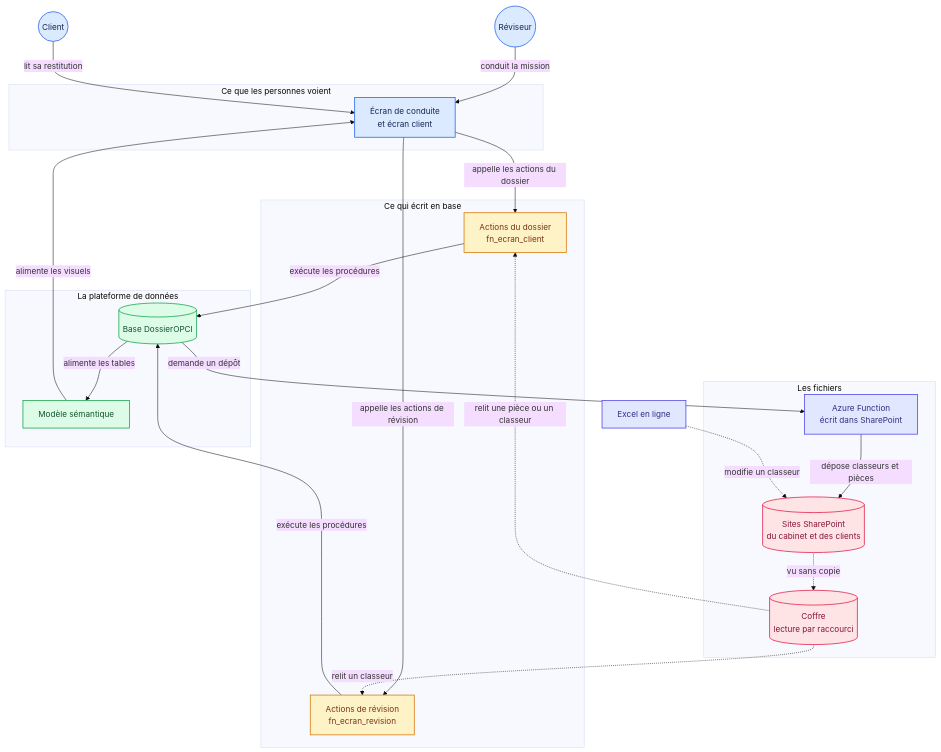
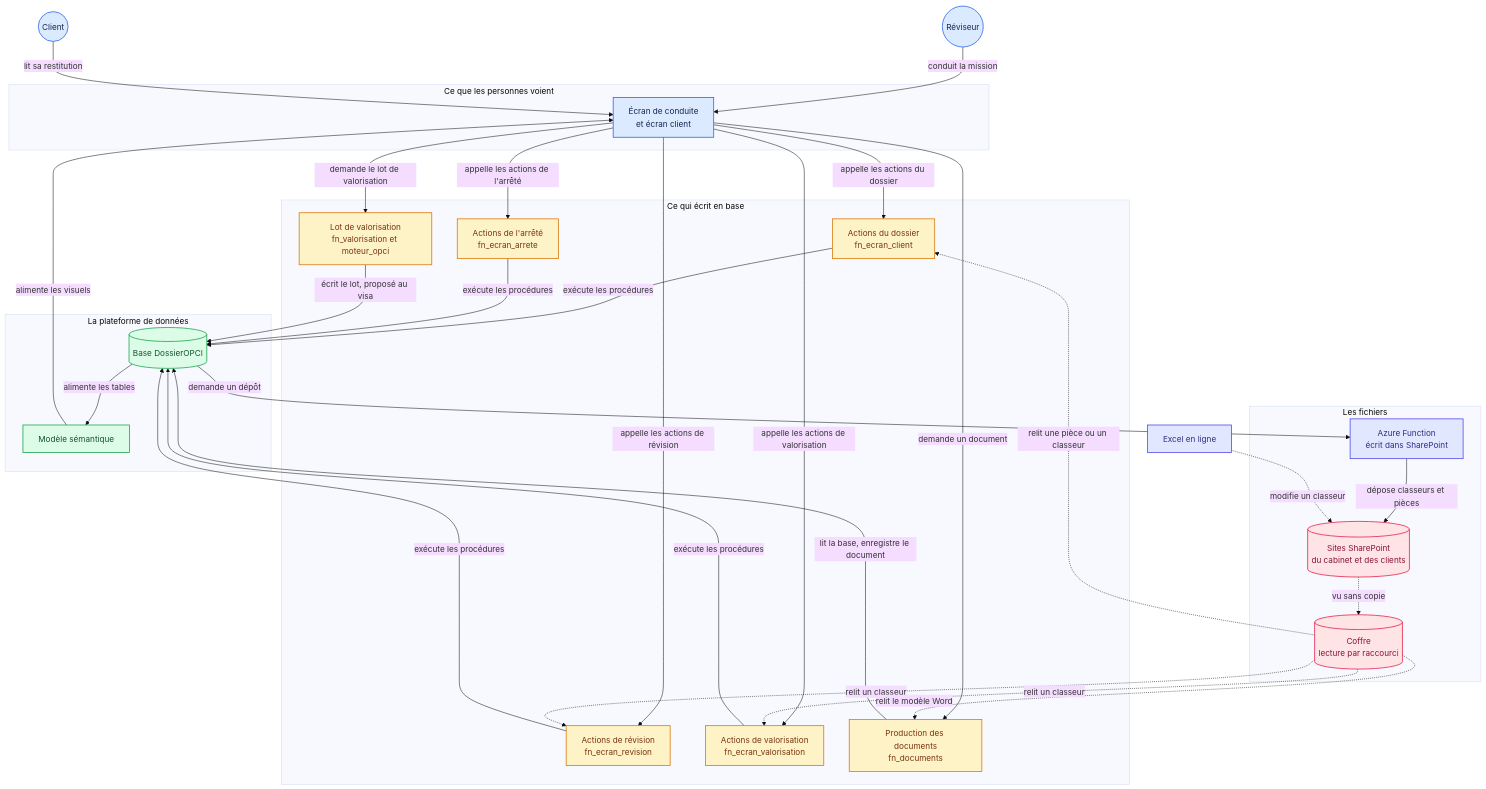
Before and after one commit to acs-buy/fabric-opci-ec: the diagram in docs/comprendre/04-comment-c-est-construit.md, drawn with Mermaid (base theme). The commit also changed other lines of this file and 27 other files, not shown here.

````diff
--- a/docs/comprendre/04-comment-c-est-construit.md
+++ b/docs/comprendre/04-comment-c-est-construit.md
@@ -13,53 +13,67 @@
 ```mermaid
 flowchart TD
 
 subgraph groupe_usage["Ce que les personnes voient"]
   n_rapport["Écran de conduite<br/>et écran client"]
 end
 
 subgraph groupe_actions["Ce qui écrit en base"]
   n_fn_client["Actions du dossier<br/>fn_ecran_client"]
   n_fn_revision["Actions de révision<br/>fn_ecran_revision"]
+  n_fn_valo["Actions de valorisation<br/>fn_ecran_valorisation"]
+  n_fn_arrete["Actions de l'arrêté<br/>fn_ecran_arrete"]
+  n_fn_documents["Production des documents<br/>fn_documents"]
+  n_fn_moteur["Lot de valorisation<br/>fn_valorisation et moteur_opci"]
 end
 
 subgraph groupe_donnees["La plateforme de données"]
   n_sql[("Base DossierOPCI")]
   n_modele["Modèle sémantique"]
 end
 
 subgraph groupe_fichiers["Les fichiers"]
   n_azure["Azure Function<br/>écrit dans SharePoint"]
   n_sharepoint[("Sites SharePoint<br/>du cabinet et des clients")]
   n_coffre[("Coffre<br/>lecture par raccourci")]
 end
 
 n_reviseur(("Réviseur"))
 n_client(("Client"))
 n_excel["Excel en ligne"]
 
 n_reviseur -->|"conduit la mission"| n_rapport
 n_client -->|"lit sa restitution"| n_rapport
 n_rapport -->|"appelle les actions du dossier"| n_fn_client
 n_rapport -->|"appelle les actions de révision"| n_fn_revision
+n_rapport -->|"appelle les actions de valorisation"| n_fn_valo
+n_rapport -->|"appelle les actions de l'arrêté"| n_fn_arrete
+n_rapport -->|"demande un document"| n_fn_documents
+n_rapport -->|"demande le lot de valorisation"| n_fn_moteur
 n_fn_client -->|"exécute les procédures"| n_sql
 n_fn_revision -->|"exécute les procédures"| n_sql
+n_fn_valo -->|"exécute les procédures"| n_sql
+n_fn_arrete -->|"exécute les procédures"| n_sql
+n_fn_documents -->|"lit la base, enregistre le document"| n_sql
+n_fn_moteur -->|"écrit le lot, proposé au visa"| n_sql
 n_sql -->|"alimente les tables"| n_modele
 n_modele -->|"alimente les visuels"| n_rapport
 n_sql -->|"demande un dépôt"| n_azure
 n_azure -->|"dépose classeurs et pièces"| n_sharepoint
 n_excel -.->|"modifie un classeur"| n_sharepoint
 n_sharepoint -.->|"vu sans copie"| n_coffre
 n_coffre -.->|"relit une pièce ou un classeur"| n_fn_client
 n_coffre -.->|"relit un classeur"| n_fn_revision
+n_coffre -.->|"relit un classeur"| n_fn_valo
+n_coffre -.->|"relit le modèle Word"| n_fn_documents
 
 classDef bleu fill:#dbeafe,stroke:#2563eb,stroke-width:1.5px,color:#172554
 classDef ambre fill:#fef3c7,stroke:#d97706,stroke-width:1.5px,color:#78350f
 classDef vert fill:#dcfce7,stroke:#16a34a,stroke-width:1.5px,color:#14532d
 classDef rose fill:#ffe4e6,stroke:#e11d48,stroke-width:1.5px,color:#881337
 classDef indigo fill:#e0e7ff,stroke:#4f46e5,stroke-width:1.5px,color:#312e81
 class n_rapport,n_reviseur,n_client bleu
-class n_fn_client,n_fn_revision ambre
+class n_fn_client,n_fn_revision,n_fn_valo,n_fn_arrete,n_fn_documents,n_fn_moteur ambre
 class n_sql,n_modele vert
 class n_coffre,n_sharepoint rose
 class n_excel,n_azure indigo
 ```
````
